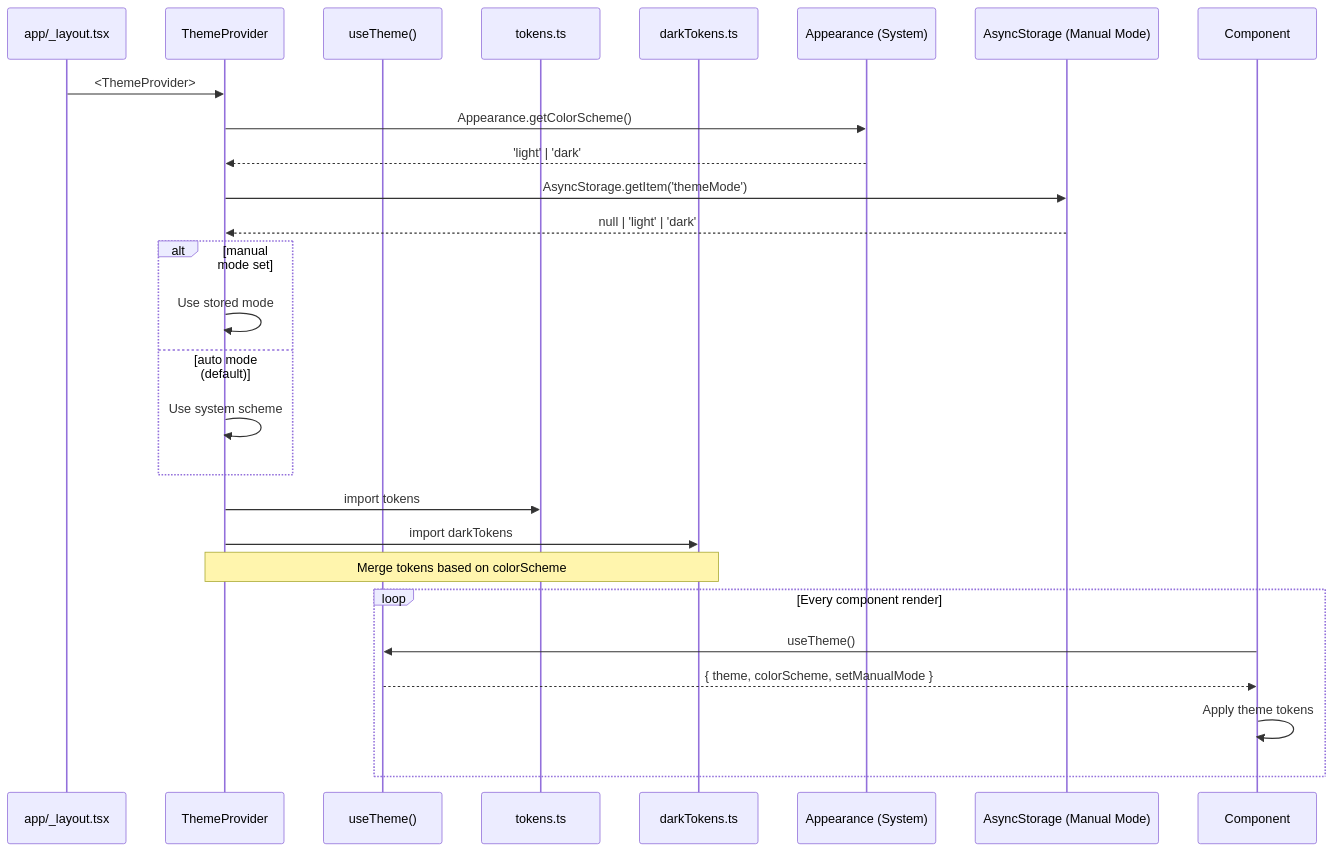
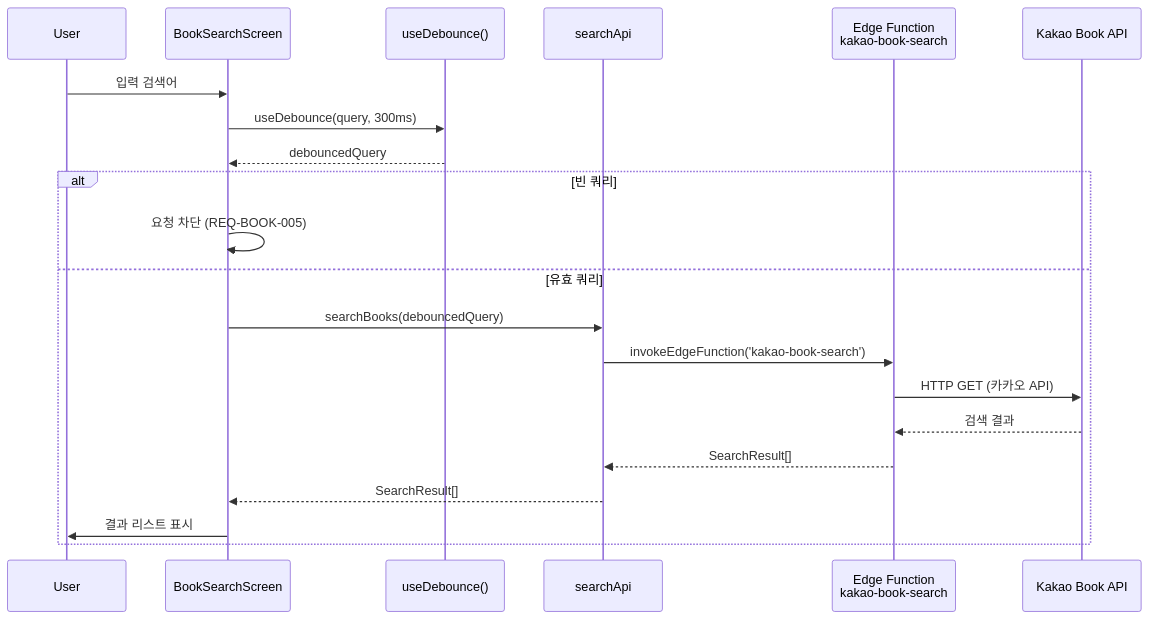
The third of 8 diagrams in .moai/project/codemaps/data-flow.md (ip9202/sagak), drawn with Mermaid before and after one commit. The commit also changed other lines of this file and 4 other files, not shown here.

````diff
--- a/.moai/project/codemaps/data-flow.md
+++ b/.moai/project/codemaps/data-flow.md
@@ -205,34 +145,25 @@
 ```mermaid
 sequenceDiagram
-    participant Layout as app/_layout.tsx
-    participant Provider as ThemeProvider
-    participant Hook as useTheme()
-    participant Tokens as tokens.ts
-    participant DarkTokens as darkTokens.ts
-    participant System as Appearance (System)
-    participant Store as AsyncStorage (Manual Mode)
+    participant User as User
+    participant Screen as BookSearchScreen
+    participant Hook as useDebounce()
+    participant API as searchApi
+    participant Edge as Edge Function<br/>kakao-book-search
+    participant Kakao as Kakao Book API
 
-    Layout->>Provider: <ThemeProvider>
-    Provider->>System: Appearance.getColorScheme()
-    System-->>Provider: 'light' | 'dark'
-    
-    Provider->>Store: AsyncStorage.getItem('themeMode')
-    Store-->>Provider: null | 'light' | 'dark'
-    
-    alt manual mode set
-        Provider->>Provider: Use stored mode
-    else auto mode (default)
-        Provider->>Provider: Use system scheme
-    end
-    
-    Provider->>Tokens: import tokens
-    Provider->>DarkTokens: import darkTokens
-    
-    Note over Provider,DarkTokens: Merge tokens based on colorScheme
-    
-    Loop Every component render
-        Component->>Hook: useTheme()
-        Hook-->>Component: { theme, colorScheme, setManualMode }
-        Component->>Component: Apply theme tokens
+    User->>Screen: 입력 검색어
+    Screen->>Hook: useDebounce(query, 300ms)
+    Hook-->>Screen: debouncedQuery
+
+    alt 빈 쿼리
+        Screen->>Screen: 요청 차단 (REQ-BOOK-005)
+    else 유효 쿼리
+        Screen->>API: searchBooks(debouncedQuery)
+        API->>Edge: invokeEdgeFunction('kakao-book-search')
+        Edge->>Kakao: HTTP GET (카카오 API)
+        Kakao-->>Edge: 검색 결과
+        Edge-->>API: SearchResult[]
+        API-->>Screen: SearchResult[]
+        Screen->>User: 결과 리스트 표시
     end
 ```
````
